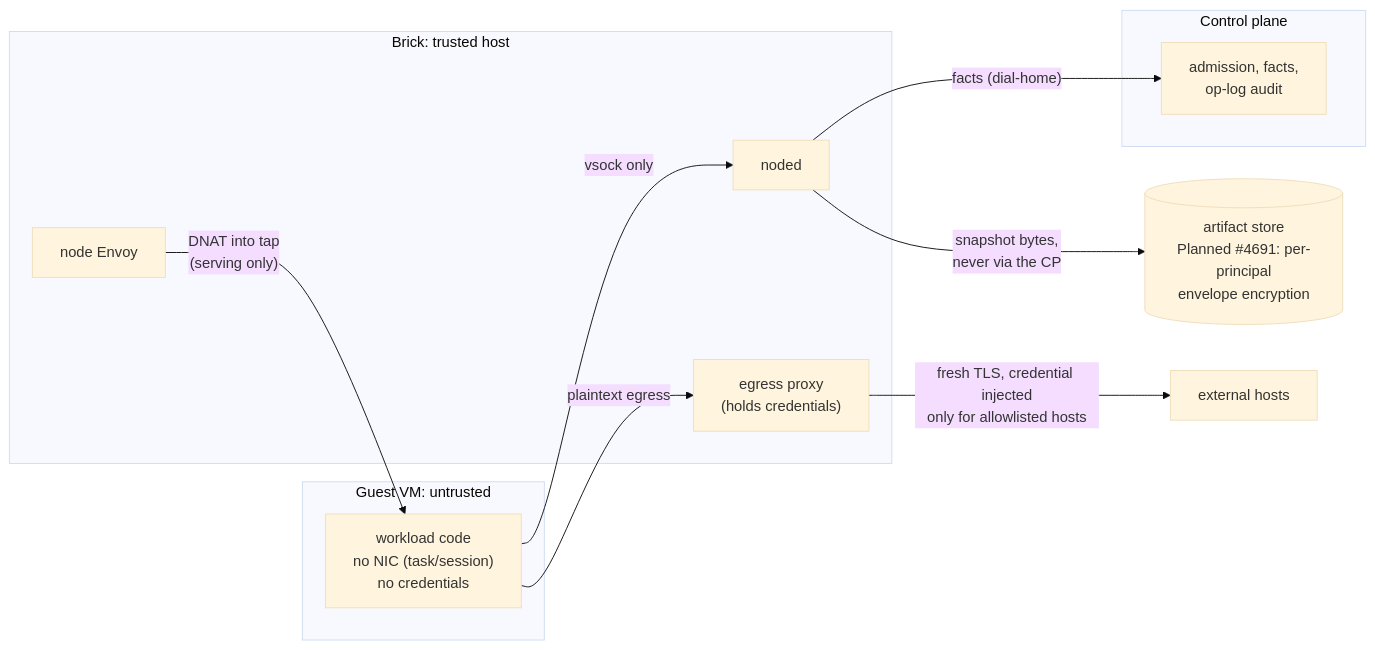
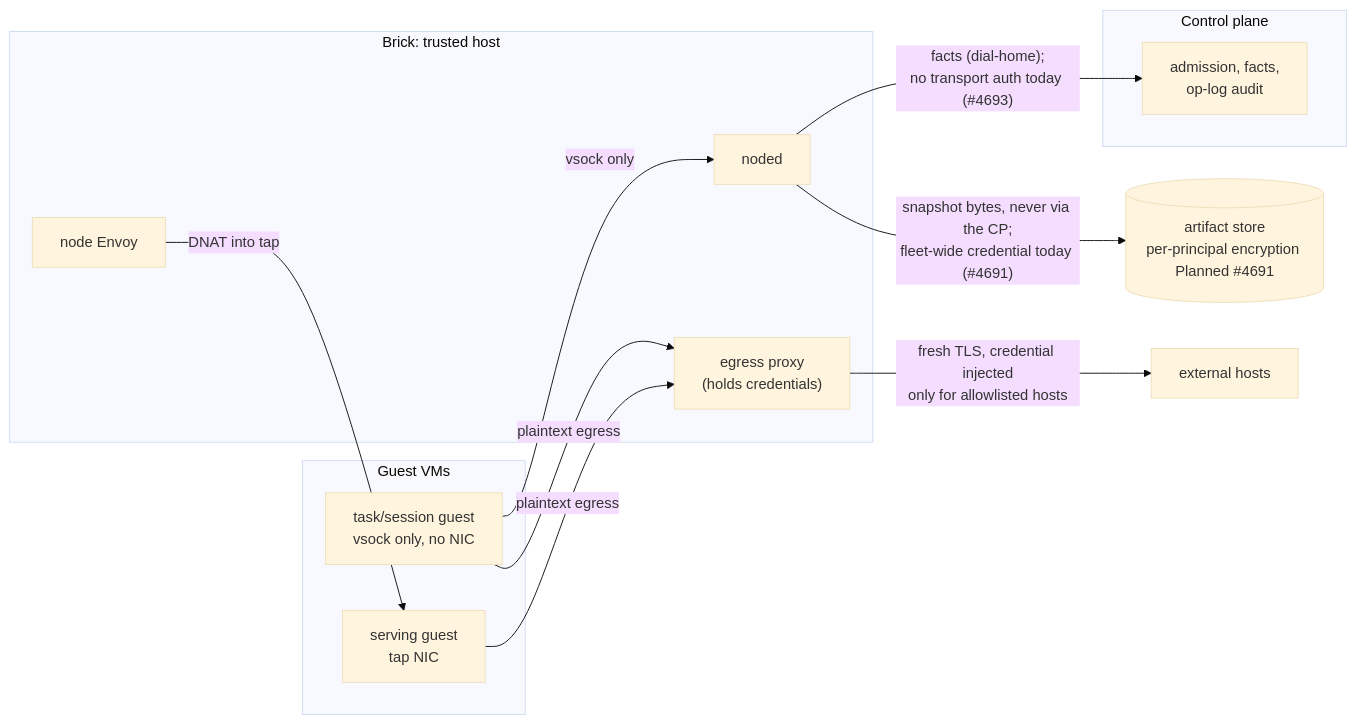
The sixth of 6 diagrams in projects/embervm/ARCHITECTURE.md (jomcgi-org/homelab), drawn with Mermaid (base theme) before and after one commit. The commit also changed other lines of this file and 3 other files, not shown here.

````diff
--- a/projects/embervm/ARCHITECTURE.md
+++ b/projects/embervm/ARCHITECTURE.md
@@ -646,23 +718,25 @@
 ```mermaid
 graph LR
-    subgraph vm ["Guest VM: untrusted"]
-        G["workload code<br/>no NIC (task/session)<br/>no credentials"]
+    subgraph vm ["Guest VMs"]
+        G1["task/session guest<br/>vsock only, no NIC"]
+        G2["serving guest<br/>tap NIC"]
     end
     subgraph brick ["Brick: trusted host"]
         N["noded"]
         P["egress proxy<br/>(holds credentials)"]
         E["node Envoy"]
     end
     subgraph cp ["Control plane"]
         F["admission, facts,<br/>op-log audit"]
     end
-    S[("artifact store<br/>Planned #4691: per-principal<br/>envelope encryption")]
+    S[("artifact store<br/>per-principal encryption Planned #4691")]
     X["external hosts"]
 
-    G -- "vsock only" --> N
-    E -- "DNAT into tap<br/>(serving only)" --> G
-    G -- "plaintext egress" --> P
+    G1 -- "vsock only" --> N
+    E -- "DNAT into tap" --> G2
+    G1 -- "plaintext egress" --> P
+    G2 -- "plaintext egress" --> P
     P -- "fresh TLS, credential injected<br/>only for allowlisted hosts" --> X
-    N -- "facts (dial-home)" --> F
-    N -- "snapshot bytes,<br/>never via the CP" --> S
+    N -- "facts (dial-home);<br/>no transport auth today (#4693)" --> F
+    N -- "snapshot bytes, never via the CP;<br/>fleet-wide credential today (#4691)" --> S
 ```
````
